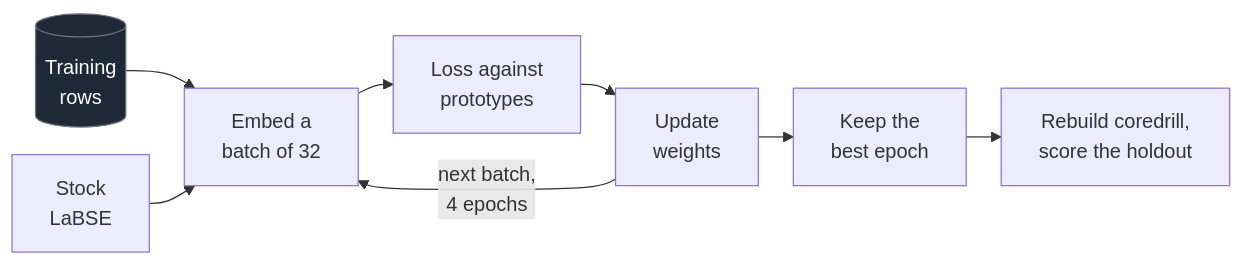
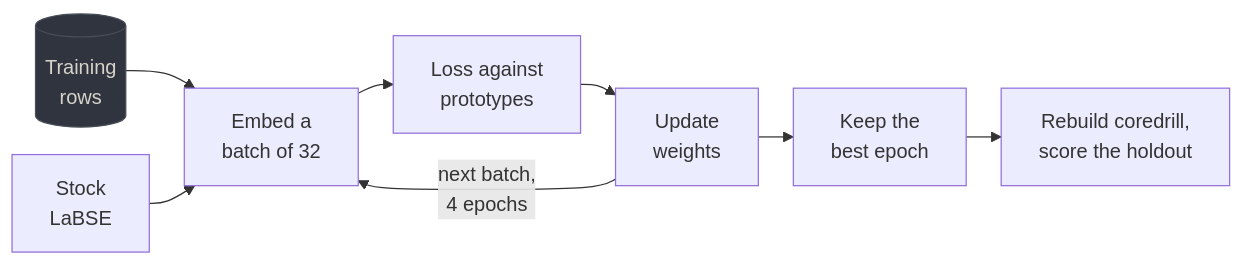
One commit to LCapy/embedding-rhizome-classifier changed the second of 6 diagrams in README.md. Above: the diagram before and after it, drawn with Mermaid. The commit also changed other lines of this file and 10 other files, not shown here.

````diff
--- a/README.md
+++ b/README.md
@@ -340,14 +352,14 @@
 ```mermaid
 %%{init: {"flowchart": {"nodeSpacing": 22, "rankSpacing": 28}}}%%
 flowchart LR
     Rows[("Training<br/>rows")] --> Embed["Embed a<br/>batch of 32"]
     Base["Stock<br/>LaBSE"] --> Embed
     Embed --> Loss["Loss against<br/>prototypes"]
     Loss --> Step["Update<br/>weights"]
     Step -->|"next batch,<br/>4 epochs"| Embed
     Step --> Best["Keep the<br/>best epoch"]
     Best --> Score["Rebuild coredrill,<br/>score the holdout"]
 
-    classDef store fill:#1f2937,color:#fff,stroke:#6b7280
+    classDef store fill:#30343e,color:#d6d3cb,stroke:#474c58
     class Rows store
 ```
````
